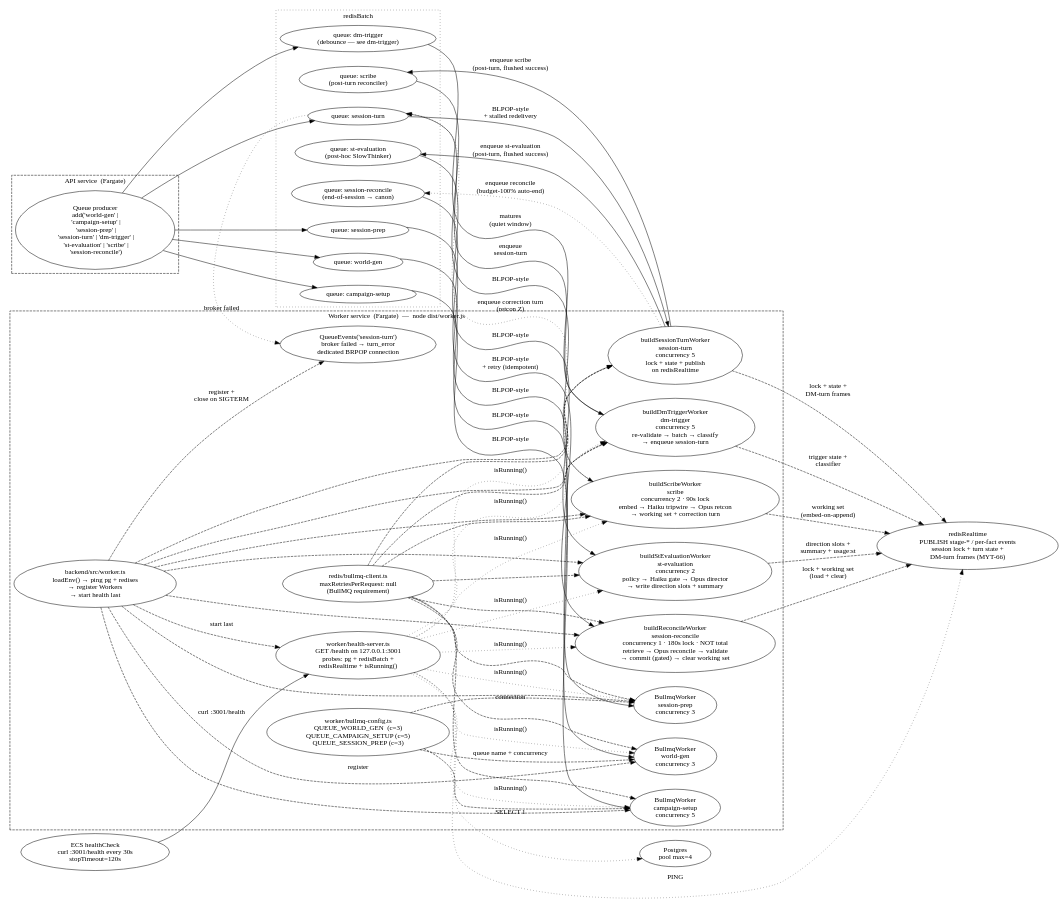
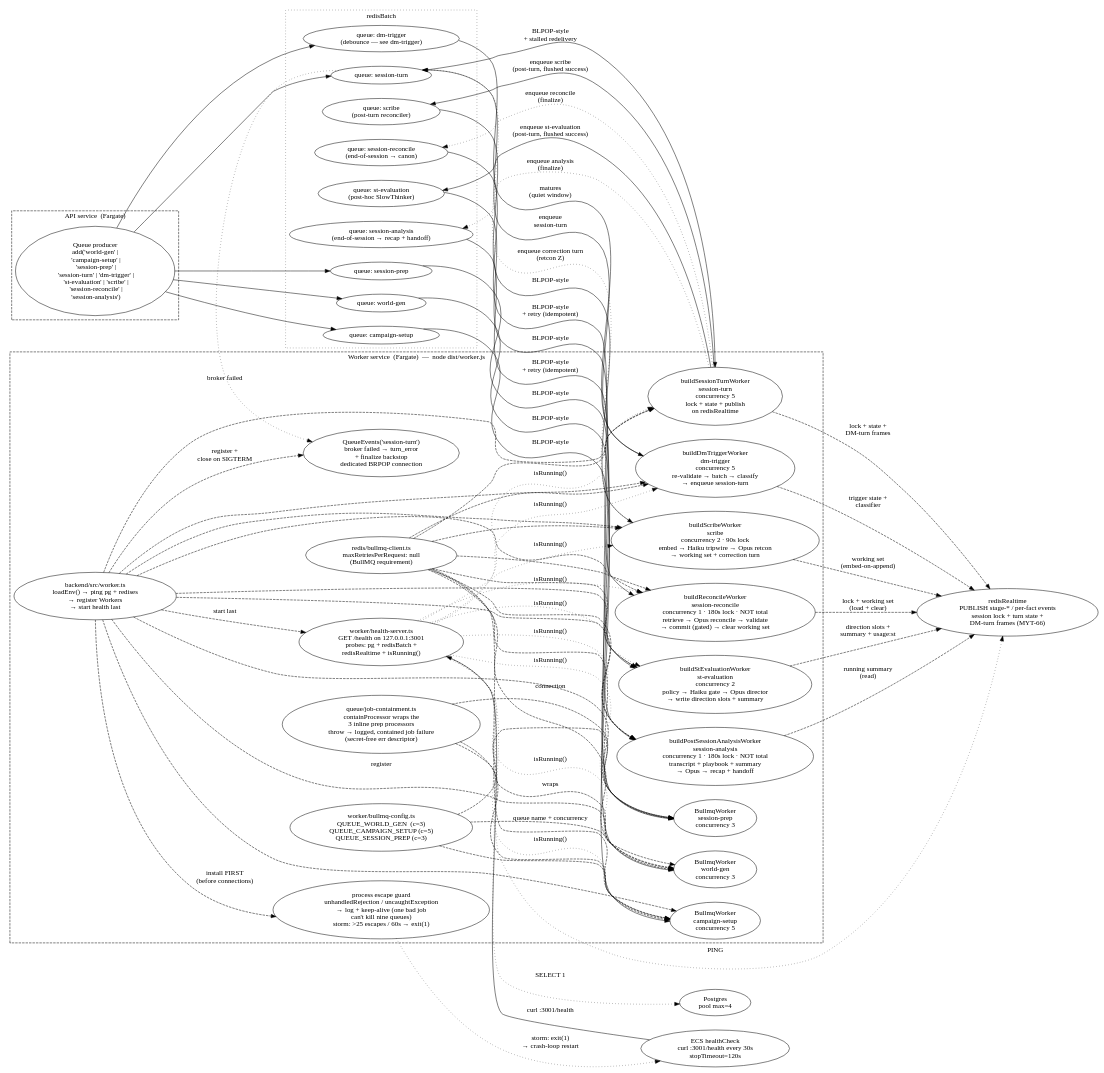
Before and after one commit to mythrun/mythrun: the diagram in docs/wiki/diagrams/runtime/worker.dot, drawn with Graphviz. The commit also changed 32 other files, not shown here.

```diff
--- a/docs/wiki/diagrams/runtime/worker.dot
+++ b/docs/wiki/diagrams/runtime/worker.dot
@@ -1,138 +1,162 @@
 digraph worker {
   // The worker. A second ECS Fargate service that runs node dist/worker.js
-  // and pulls jobs from seven BullMQ queues on redisBatch. Health server on
+  // and pulls jobs from nine BullMQ queues on redisBatch. Health server on
   // 127.0.0.1:3001 is what ECS probes. Real prep-stage processors land across
   // MYT-51 onward; session-prep (MYT-61) is the third queue/worker; the
   // session-turn worker (MYT-66) is the fourth — the lock-fenced DM-turn
   // conductor; the dm-trigger worker (MYT-67) is the fifth — the DM-trigger
   // decision shell; the st-evaluation worker (MYT-69) is the sixth — the
   // post-hoc SlowThinker; the scribe worker (MYT-73) is the seventh — the
   // post-turn reconciler (working set + tripwire + retcon); the
   // session-reconcile worker (MYT-74a) is the eighth — the end-of-session
-  // reconciler that folds the working set into durable canon. The st-evaluation
-  // and scribe workers are both enqueued by the turn worker on its
-  // flushed-success path; the session-reconcile worker is fired by the
-  // end_session WS frame or the turn worker's budget-100% auto-end. The turn /
-  // trigger / st-eval / scribe / reconcile workers also read/write redisRealtime
-  // (lock / state / direction / working set / trigger coordination). A
-  // QueueEvents('session-turn') subscriber publishes the broker-side terminal
-  // turn_error on a dedicated blocking connection.
+  // reconciler that folds the working set into durable canon; the
+  // session-analysis worker (MYT-74b) is the ninth — the end-of-session
+  // closeout that writes the recap + handoff. The st-evaluation and scribe
+  // workers are both enqueued by the turn worker on its flushed-success path;
+  // the reconcile + analysis workers are fired at finalize (end_session WS
+  // frame or the turn worker's budget-100% auto-end). The turn / trigger /
+  // st-eval / scribe / reconcile / analysis workers also read/write
+  // redisRealtime (lock / state / direction / working set / summary / trigger
+  // coordination). A QueueEvents('session-turn') subscriber publishes the
+  // broker-side terminal turn_error on a dedicated blocking connection and
+  // runs the finalize backstop. myth-y2qfi containment: containProcessor
+  // wraps the three inline prep processors (throw → contained job failure);
+  // a process-level escape guard catches floating rejections and keeps the
+  // process alive, with a >25-escapes/60s storm hatch that exit(1)s so a
+  // systemic failure crash-loops instead of zombie-ing.
   rankdir=LR;
   compound=true;
   nodesep=0.4;
   ranksep=0.7;
 
   subgraph cluster_api {
     label="API service  (Fargate)";
     style="dashed";
     color="ember";
     fontcolor="ember";
 
-    queue_producer [label="Queue producer\nadd('world-gen' |\n  'campaign-setup' |\n  'session-prep' |\n  'session-turn' | 'dm-trigger' |\n  'st-evaluation' | 'scribe' |\n  'session-reconcile')"];
+    queue_producer [label="Queue producer\nadd('world-gen' |\n  'campaign-setup' |\n  'session-prep' |\n  'session-turn' | 'dm-trigger' |\n  'st-evaluation' | 'scribe' |\n  'session-reconcile' |\n  'session-analysis')"];
   }
 
   subgraph cluster_redis {
     label="redisBatch";
     style="dotted";
 
     q_world    [label="queue: world-gen"];
     q_campaign [label="queue: campaign-setup"];
     q_prep     [label="queue: session-prep"];
     q_turn     [label="queue: session-turn", color="ember", fontcolor="ember"];
     q_trig     [label="queue: dm-trigger\n(debounce — see dm-trigger)", color="ember", fontcolor="ember"];
     q_steval   [label="queue: st-evaluation\n(post-hoc SlowThinker)", color="ember", fontcolor="ember"];
     q_scribe   [label="queue: scribe\n(post-turn reconciler)", color="ember", fontcolor="ember"];
     q_recon    [label="queue: session-reconcile\n(end-of-session → canon)", color="ember", fontcolor="ember"];
+    q_analysis [label="queue: session-analysis\n(end-of-session → recap + handoff)", color="ember", fontcolor="ember"];
   }
 
   subgraph cluster_worker {
     label="Worker service  (Fargate)  —  node dist/worker.js";
     style="dashed";
     color="ember";
     fontcolor="ember";
 
     entry      [label="backend/src/worker.ts\nloadEnv() → ping pg + redises\n→ register Workers\n→ start health last", color="ember", fontcolor="ember"];
     cfg        [label="worker/bullmq-config.ts\nQUEUE_WORLD_GEN  (c=3)\nQUEUE_CAMPAIGN_SETUP (c=5)\nQUEUE_SESSION_PREP (c=3)"];
     w_world    [label="BullmqWorker\nworld-gen\nconcurrency 3"];
     w_camp     [label="BullmqWorker\ncampaign-setup\nconcurrency 5"];
     w_prep     [label="BullmqWorker\nsession-prep\nconcurrency 3", color="ember", fontcolor="ember"];
     w_turn     [label="buildSessionTurnWorker\nsession-turn\nconcurrency 5\nlock + state + publish\non redisRealtime", color="ember", fontcolor="ember"];
     w_trig     [label="buildDmTriggerWorker\ndm-trigger\nconcurrency 5\nre-validate → batch → classify\n→ enqueue session-turn", color="ember", fontcolor="ember"];
     w_steval   [label="buildStEvaluationWorker\nst-evaluation\nconcurrency 2\npolicy → Haiku gate → Opus director\n→ write direction slots + summary", color="ember", fontcolor="ember"];
     w_scribe   [label="buildScribeWorker\nscribe\nconcurrency 2 · 90s lock\nembed → Haiku tripwire → Opus retcon\n→ working set + correction turn", color="ember", fontcolor="ember"];
     w_recon    [label="buildReconcileWorker\nsession-reconcile\nconcurrency 1 · 180s lock · NOT total\nretrieve → Opus reconcile → validate\n→ commit (gated) → clear working set", color="ember", fontcolor="ember"];
-    qevents    [label="QueueEvents('session-turn')\nbroker failed → turn_error\ndedicated BRPOP connection", color="ember", fontcolor="ember"];
+    w_analysis [label="buildPostSessionAnalysisWorker\nsession-analysis\nconcurrency 1 · 180s lock · NOT total\ntranscript + playbook + summary\n→ Opus → recap + handoff", color="ember", fontcolor="ember"];
+    contain    [label="queue/job-containment.ts\ncontainProcessor wraps the\n3 inline prep processors\nthrow → logged, contained job failure\n(secret-free err descriptor)", color="ember", fontcolor="ember"];
+    guard      [label="process escape guard\nunhandledRejection / uncaughtException\n→ log + keep-alive (one bad job\ncan't kill nine queues)\nstorm: >25 escapes / 60s → exit(1)", color="ember", fontcolor="ember"];
+    qevents    [label="QueueEvents('session-turn')\nbroker failed → turn_error\n+ finalize backstop\ndedicated BRPOP connection", color="ember", fontcolor="ember"];
     health     [label="worker/health-server.ts\nGET /health on 127.0.0.1:3001\nprobes: pg + redisBatch +\nredisRealtime + isRunning()"];
     bullmq_redis [label="redis/bullmq-client.ts\nmaxRetriesPerRequest: null\n(BullMQ requirement)"];
   }
 
   ecs   [label="ECS healthCheck\ncurl :3001/health every 30s\nstopTimeout=120s"];
   pg    [label="Postgres\npool max=4"];
   realtime [label="redisRealtime\nPUBLISH stage-* / per-fact events\nsession lock + turn state +\nDM-turn frames (MYT-66)"];
 
   // API enqueues
   queue_producer -> q_world;
   queue_producer -> q_campaign;
   queue_producer -> q_prep;
   queue_producer -> q_turn;
   queue_producer -> q_trig;
 
   // Worker consumes
   q_world    -> w_world  [label="BLPOP-style"];
   q_campaign -> w_camp   [label="BLPOP-style"];
   q_prep     -> w_prep   [label="BLPOP-style"];
   q_turn     -> w_turn   [label="BLPOP-style\n+ stalled redelivery", color="ember"];
   q_trig     -> w_trig   [label="matures\n(quiet window)", color="ember"];
   q_steval   -> w_steval [label="BLPOP-style", color="ember"];
   q_scribe   -> w_scribe [label="BLPOP-style", color="ember"];
   q_recon    -> w_recon  [label="BLPOP-style\n+ retry (idempotent)", color="ember"];
+  q_analysis -> w_analysis [label="BLPOP-style\n+ retry (idempotent)", color="ember"];
   w_trig     -> q_turn   [label="enqueue\nsession-turn", color="ember"];
   w_turn     -> q_steval [label="enqueue st-evaluation\n(post-turn, flushed success)", color="ember"];
   w_turn     -> q_scribe [label="enqueue scribe\n(post-turn, flushed success)", color="ember"];
-  w_turn     -> q_recon  [label="enqueue reconcile\n(budget-100% auto-end)", style=dotted, color="ember"];
+  w_turn     -> q_recon  [label="enqueue reconcile\n(finalize)", style=dotted, color="ember"];
+  w_turn     -> q_analysis [label="enqueue analysis\n(finalize)", style=dotted, color="ember"];
   w_scribe   -> q_turn   [label="enqueue correction turn\n(retcon Z)", style=dotted, color="ember"];
   q_turn     -> qevents  [label="broker failed", style=dotted, color="ember"];
 
   // Worker shape
   cfg     -> w_world  [style=dashed, label="queue name + concurrency"];
   cfg     -> w_camp   [style=dashed];
   cfg     -> w_prep   [style=dashed];
   entry   -> w_world  [style=dashed, label="register"];
   entry   -> w_camp   [style=dashed];
   entry   -> w_prep   [style=dashed];
   entry   -> w_turn   [style=dashed];
   entry   -> w_trig   [style=dashed];
   entry   -> w_steval [style=dashed];
   entry   -> w_scribe [style=dashed];
   entry   -> w_recon  [style=dashed];
+  entry   -> w_analysis [style=dashed];
   entry   -> qevents  [style=dashed, label="register +\nclose on SIGTERM"];
+
+  // myth-y2qfi containment layers
+  entry   -> guard    [style=dashed, label="install FIRST\n(before connections)", color="ember"];
+  contain -> w_world  [style=dashed, label="wraps", color="ember"];
+  contain -> w_camp   [style=dashed, color="ember"];
+  contain -> w_prep   [style=dashed, color="ember"];
+  guard   -> ecs      [style=dotted, label="storm: exit(1)\n→ crash-loop restart", color="ember"];
   bullmq_redis -> w_world [style=dashed, label="connection"];
   bullmq_redis -> w_camp  [style=dashed];
   bullmq_redis -> w_prep  [style=dashed];
   bullmq_redis -> w_turn  [style=dashed];
   bullmq_redis -> w_trig  [style=dashed];
   bullmq_redis -> w_steval [style=dashed];
   bullmq_redis -> w_scribe [style=dashed];
   bullmq_redis -> w_recon  [style=dashed];
+  bullmq_redis -> w_analysis [style=dashed];
 
-  // Turn + trigger + st-eval + scribe + reconcile workers also drive redisRealtime (lock / state / direction / working set / coordination)
+  // Turn + trigger + st-eval + scribe + reconcile + analysis workers also drive redisRealtime (lock / state / direction / working set / summary / coordination)
   w_turn -> realtime [style=dashed, label="lock + state +\nDM-turn frames", color="ember"];
   w_trig -> realtime [style=dashed, label="trigger state +\nclassifier", color="ember"];
   w_steval -> realtime [style=dashed, label="direction slots +\nsummary + usage:st", color="ember"];
   w_scribe -> realtime [style=dashed, label="working set\n(embed-on-append)", color="ember"];
   w_recon -> realtime [style=dashed, label="lock + working set\n(load + clear)", color="ember"];
+  w_analysis -> realtime [style=dashed, label="running summary\n(read)", color="ember"];
 
   // Health + ECS probe
   entry  -> health [style=dashed, label="start last"];
   ecs    -> health [label="curl :3001/health"];
   health -> pg          [label="SELECT 1", style=dotted];
   health -> w_world     [label="isRunning()", style=dotted];
   health -> w_camp      [label="isRunning()", style=dotted];
   health -> w_prep      [label="isRunning()", style=dotted];
   health -> w_turn      [label="isRunning()", style=dotted];
   health -> w_trig      [label="isRunning()", style=dotted];
   health -> w_steval    [label="isRunning()", style=dotted];
   health -> w_scribe    [label="isRunning()", style=dotted];
   health -> w_recon     [label="isRunning()", style=dotted];
+  health -> w_analysis  [label="isRunning()", style=dotted];
   health -> realtime    [label="PING", style=dotted];
 }
```
